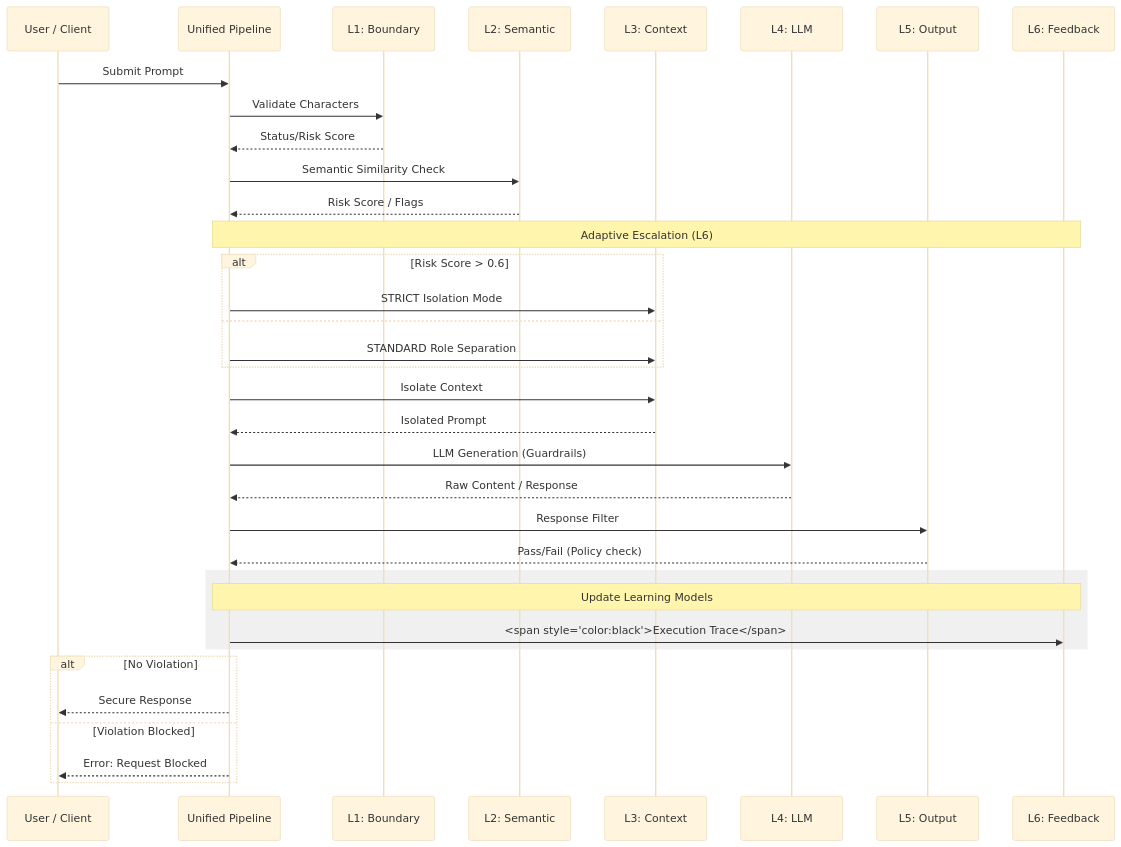
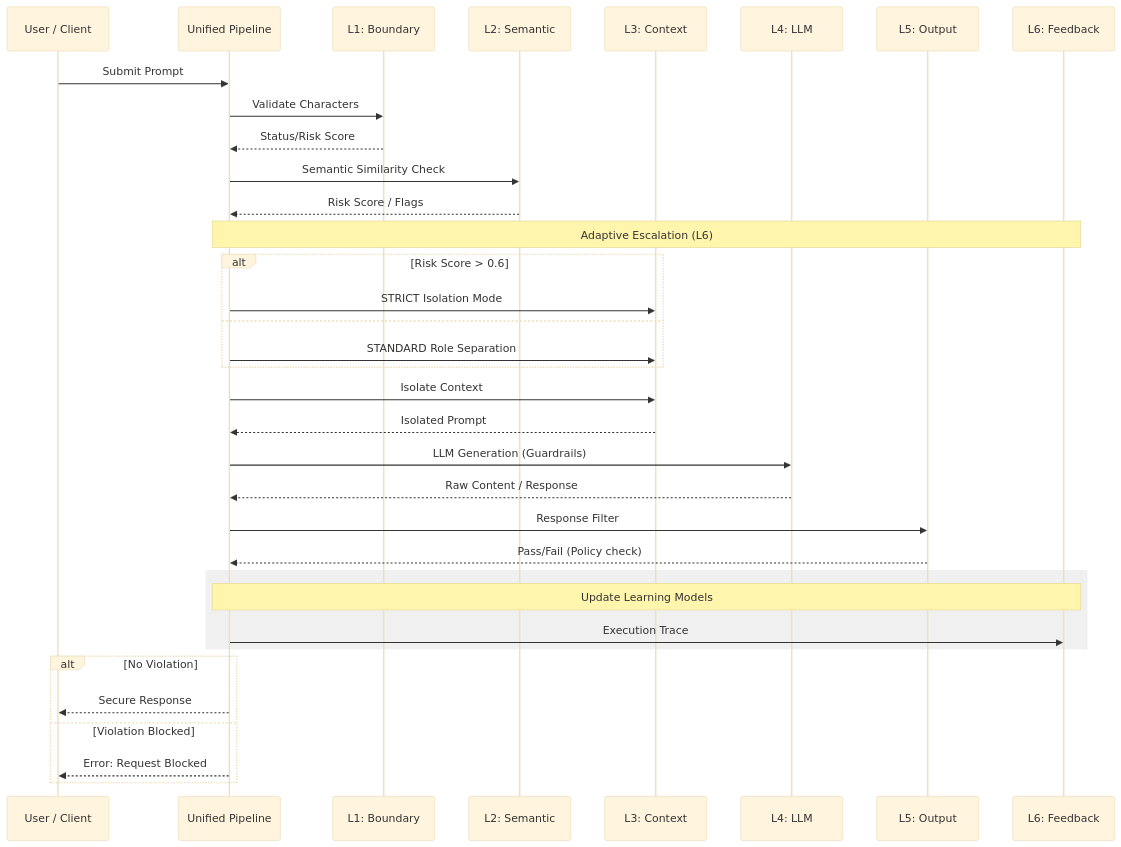
One commit to ArindamTripathi619/prompt-injection-experiments changed the diagram in DOCS/data_flow.md. Above: the diagram before and after it, drawn with Mermaid (base theme). The commit also changed 2 other files, not shown here.

Commit message:
docs: finalize visual documentation and repository structure

````diff
--- a/DOCS/data_flow.md
+++ b/DOCS/data_flow.md
@@ -9,45 +9,45 @@
 ```mermaid
 sequenceDiagram
     participant U as User / Client
     participant P as Unified Pipeline
     participant L1 as L1: Boundary
     participant L2 as L2: Semantic
     participant L3 as L3: Context
     participant L4 as L4: LLM
     participant L5 as L5: Output
     participant L6 as L6: Feedback
 
     U->>P: Submit Prompt
     P->>L1: Validate Characters
     L1-->>P: Status/Risk Score
 
     P->>L2: Semantic Similarity Check
     L2-->>P: Risk Score / Flags
 
     Note over P, L6: Adaptive Escalation (L6)
     alt Risk Score > 0.6
         P->>L3: STRICT Isolation Mode
     else
         P->>L3: STANDARD Role Separation
     end
 
     P->>L3: Isolate Context
     L3-->>P: Isolated Prompt
 
     P->>L4: LLM Generation (Guardrails)
     L4-->>P: Raw Content / Response
 
     P->>L5: Response Filter
     L5-->>P: Pass/Fail (Policy check)
 
     rect rgb(240, 240, 240)
     Note over P, L6: Update Learning Models
-    P->>L6: <span style="color:black">Execution Trace</span>
+    P->>L6: Execution Trace
     end
 
     alt No Violation
         P-->>U: Secure Response
     else Violation Blocked
         P-->>U: Error: Request Blocked
     end
 ```
````
